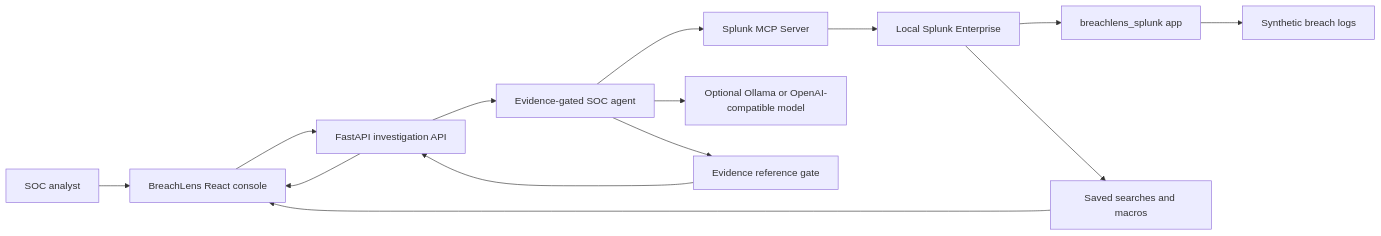
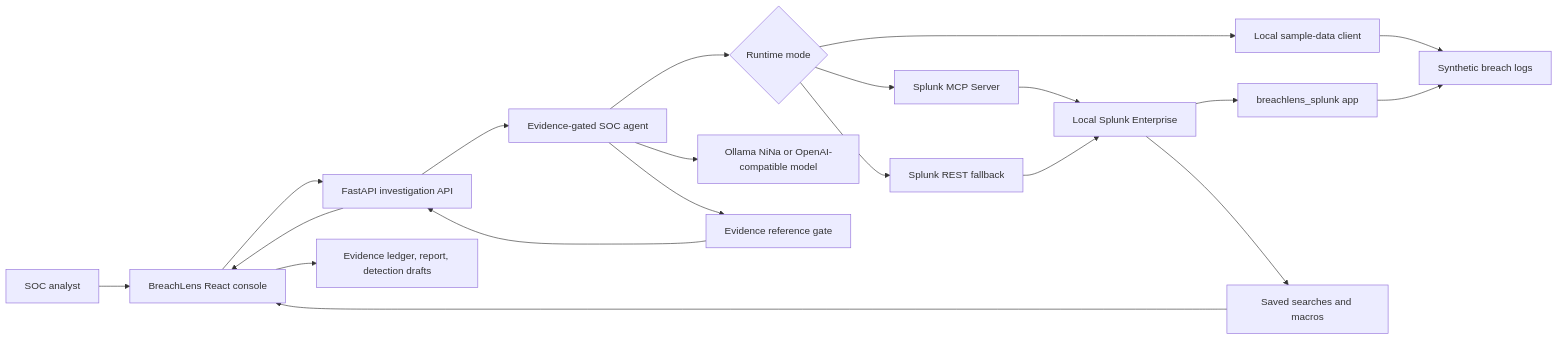
The diagram in architecture_diagram.md (Lockelamoree/BreachLens-Splunk-MCP-SOC-Copilot), drawn with Mermaid before and after one commit. The commit also changed other lines of this file and 16 other files, not shown here.

````diff
--- a/architecture_diagram.md
+++ b/architecture_diagram.md
@@ -3,17 +3,23 @@
 ```mermaid
 flowchart LR
   Analyst["SOC analyst"] --> UI["BreachLens React console"]
   UI --> API["FastAPI investigation API"]
   API --> Agent["Evidence-gated SOC agent"]
-  Agent --> MCP["Splunk MCP Server"]
+  Agent --> Mode{"Runtime mode"}
+  Mode --> MCP["Splunk MCP Server"]
+  Mode --> REST["Splunk REST fallback"]
+  Mode --> Sample["Local sample-data client"]
   MCP --> Splunk["Local Splunk Enterprise"]
+  REST --> Splunk
+  Sample --> Data
   Splunk --> App["breachlens_splunk app"]
   App --> Data["Synthetic breach logs"]
-  Agent --> LLM["Optional Ollama or OpenAI-compatible model"]
+  Agent --> LLM["Ollama NiNa or OpenAI-compatible model"]
   Agent --> Gate["Evidence reference gate"]
   Gate --> API
   API --> UI
 
   Splunk --> Searches["Saved searches and macros"]
   Searches --> UI
+  UI --> Exports["Evidence ledger, report, detection drafts"]
 ```
````
